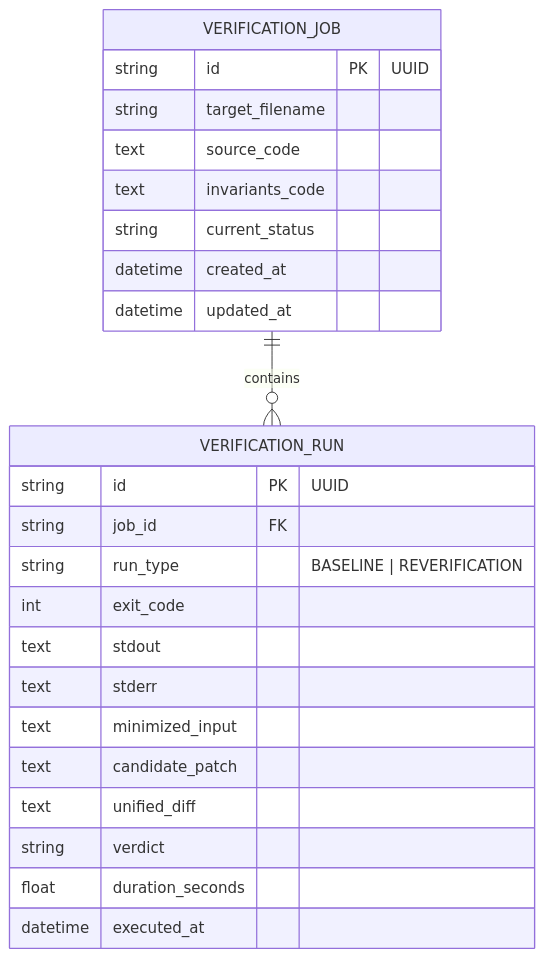
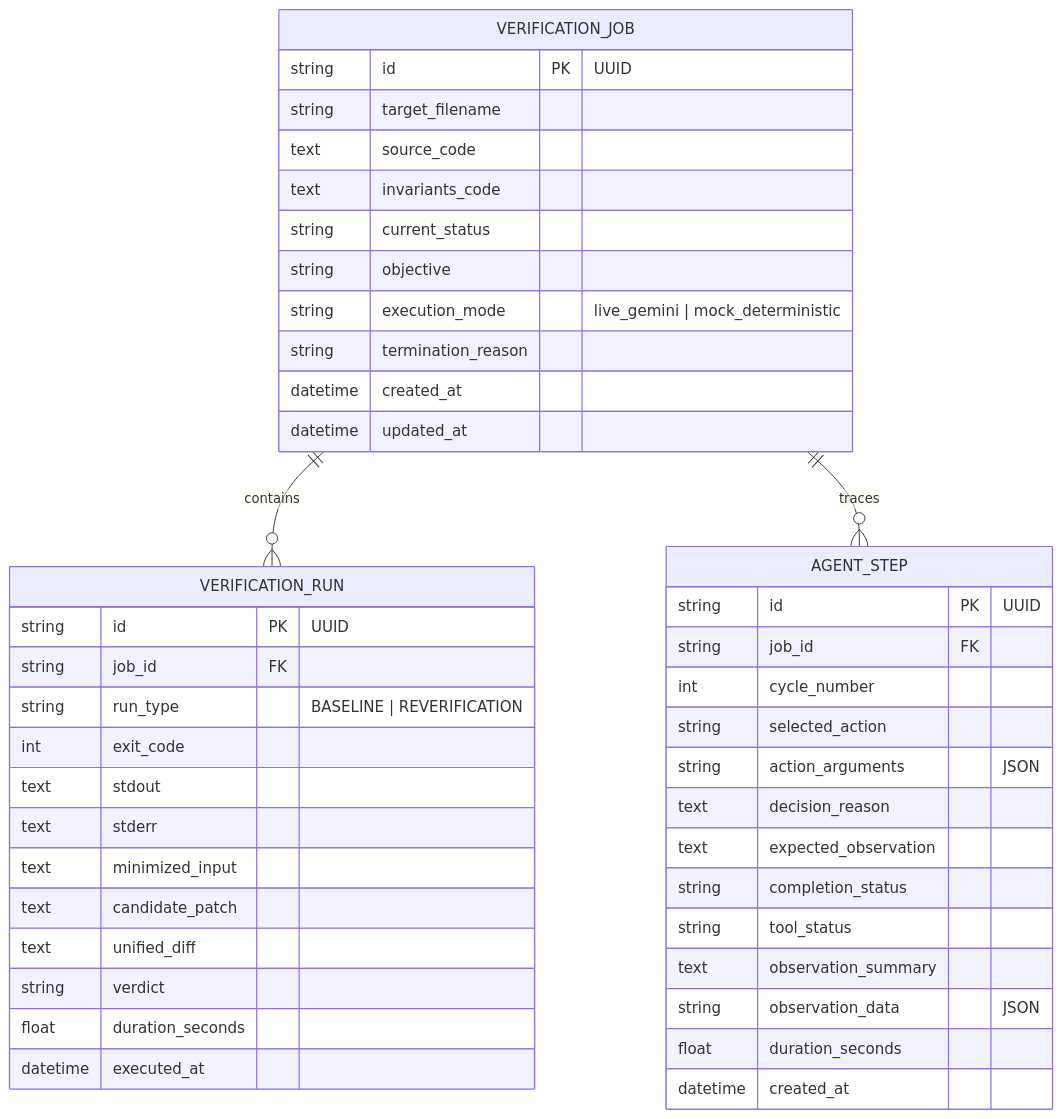
One commit to Akshitha-Veepanjeri-G/RESQ_Dev changed the second of 3 diagrams in docs/ARCHITECTURE.md. Above: the diagram before and after it, drawn with Mermaid. The commit also changed other lines of this file and 51 other files, not shown here.

Commit message:
feat(agentic-verification): complete agentic architecture upgrade, React frontend, Docker sandbox, truth gate, and Gemini integration

````diff
--- a/docs/ARCHITECTURE.md
+++ b/docs/ARCHITECTURE.md
@@ -154,27 +174,46 @@
 ```mermaid
 erDiagram
     VERIFICATION_JOB ||--o{ VERIFICATION_RUN : contains
+    VERIFICATION_JOB ||--o{ AGENT_STEP : traces
     VERIFICATION_JOB {
         string id PK "UUID"
         string target_filename
         text source_code
         text invariants_code
         string current_status
+        string objective
+        string execution_mode "live_gemini | mock_deterministic"
+        string termination_reason
         datetime created_at
         datetime updated_at
     }
     VERIFICATION_RUN {
         string id PK "UUID"
         string job_id FK
         string run_type "BASELINE | REVERIFICATION"
         int exit_code
         text stdout
         text stderr
         text minimized_input
         text candidate_patch
         text unified_diff
         string verdict
         float duration_seconds
         datetime executed_at
     }
+    AGENT_STEP {
+        string id PK "UUID"
+        string job_id FK
+        int cycle_number
+        string selected_action
+        string action_arguments "JSON"
+        text decision_reason
+        text expected_observation
+        string completion_status
+        string tool_status
+        text observation_summary
+        string observation_data "JSON"
+        float duration_seconds
+        datetime created_at
+    }
 ```
````
